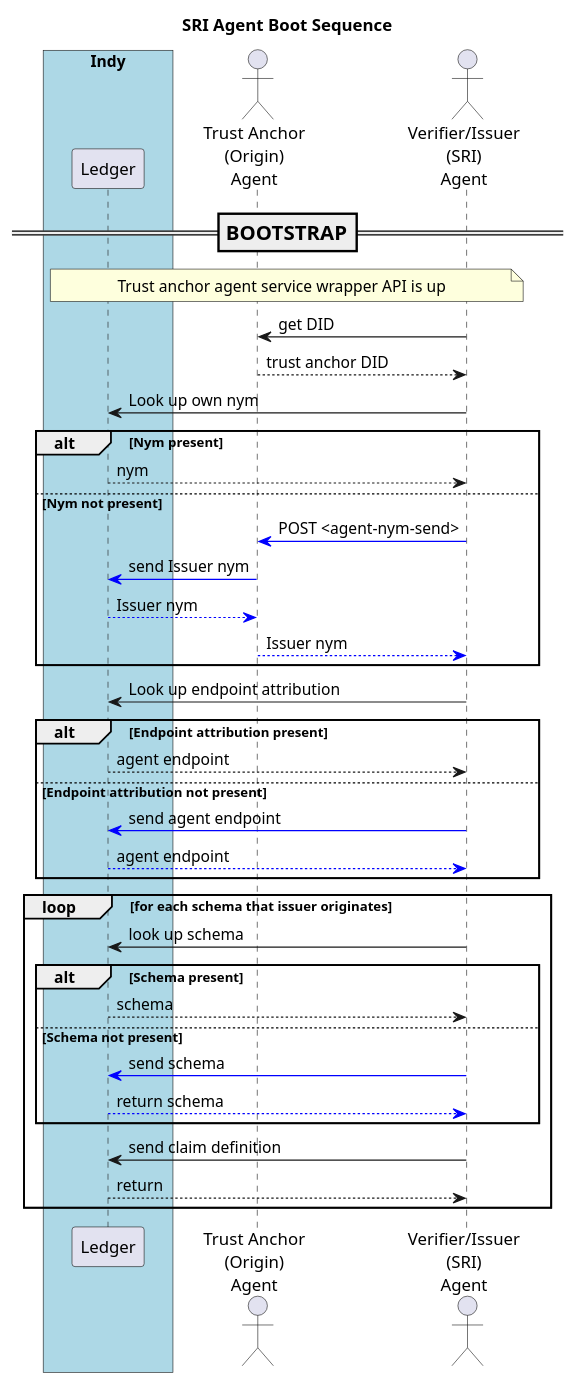
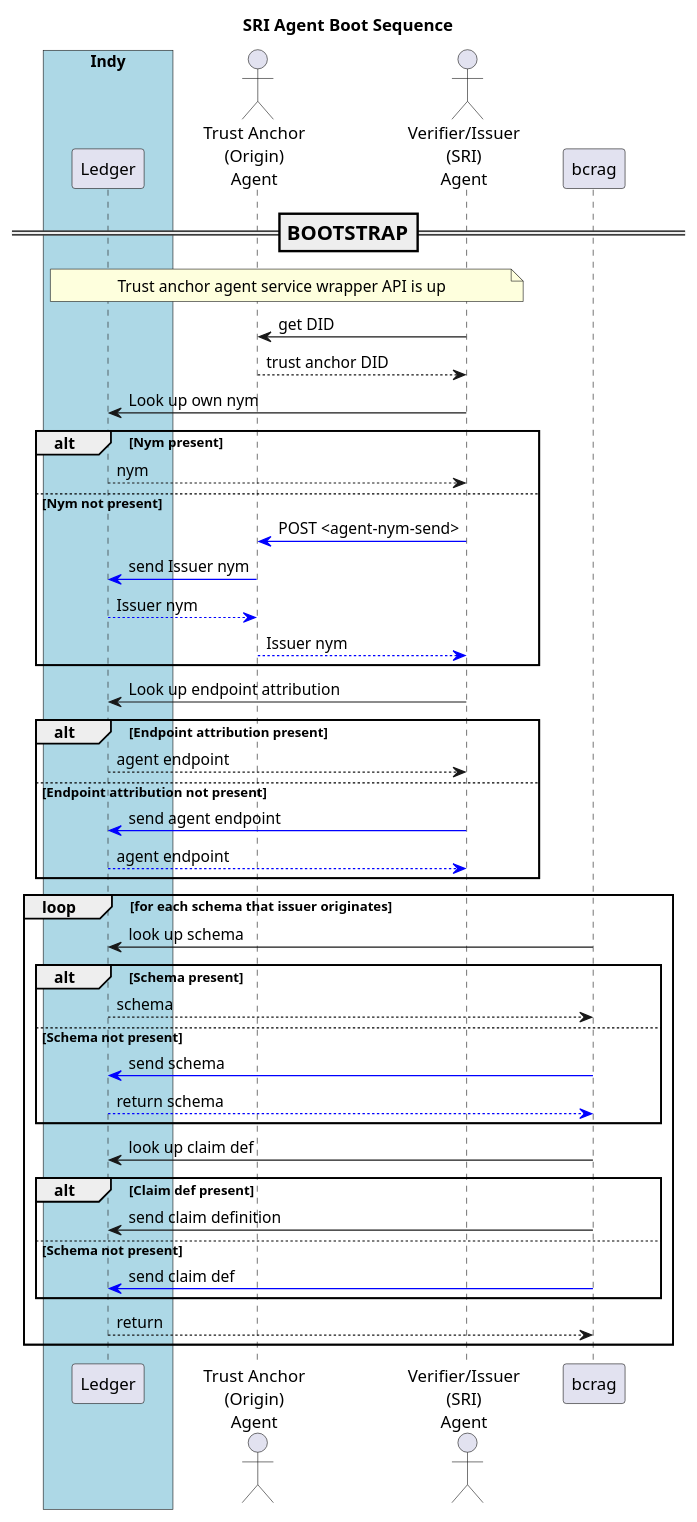
The diagram in doc/pic/src/boot.sag.puml (PSPC-SPAC-buyandsell/von_base), drawn with PlantUML before and after one commit. The commit also changed 3 other files, not shown here.

Commit message:
send claim defs only when not present on ledger

```diff
--- a/doc/pic/src/boot.sag.puml
+++ b/doc/pic/src/boot.sag.puml
@@ -1,69 +1,75 @@
 @startuml
 /'
 Copyright 2017-2018 Government of Canada - Public Services and Procurement Canada - buyandsell.gc.ca
 
 Licensed under the Apache License, Version 2.0 (the "License");
 you may not use this file except in compliance with the License.
 You may obtain a copy of the License at
 
 http://www.apache.org/licenses/LICENSE-2.0
 
 Unless required by applicable law or agreed to in writing, software
 distributed under the License is distributed on an "AS IS" BASIS,
 WITHOUT WARRANTIES OR CONDITIONS OF ANY KIND, either express or implied.
 See the License for the specific language governing permissions and
 limitations under the License.
 '/
 
 skinparam ParticipantPadding 20
 skinparam BaloxPadding 20
 
 title SRI Agent Boot Sequence
 
 
 box "Indy" #LightBlue
     participant "Ledger" as ledger
 endbox
 actor "Trust Anchor\n(Origin)\nAgent" as tag
 actor "Verifier/Issuer\n(SRI)\nAgent" as sag
 
 === BOOTSTRAP ==
 note over ledger, sag
 Trust anchor agent service wrapper API is up
 endnote
 
 sag -> tag: get DID
 tag --> sag: trust anchor DID
 
 sag -> ledger: Look up own nym
 alt Nym present
     ledger --> sag: nym
 else Nym not present
     sag -[#blue]> tag: POST <agent-nym-send>
     tag -[#blue]> ledger: send Issuer nym
     ledger --[#blue]> tag: Issuer nym
     tag --[#blue]> sag: Issuer nym
 end
 
 sag -> ledger: Look up endpoint attribution
 alt Endpoint attribution present
     ledger --> sag: agent endpoint
 else Endpoint attribution not present
     sag -[#blue]> ledger: send agent endpoint
     ledger --[#blue]> sag: agent endpoint
 end
 
 loop for each schema that issuer originates
-    sag -> ledger: look up schema
+    bcrag -> ledger: look up schema
     alt Schema present
-        ledger --> sag: schema
+        ledger --> bcrag: schema
     else Schema not present
-        sag -[#blue]> ledger: send schema
-        ledger --[#blue]> sag: return schema
+        bcrag -[#blue]> ledger: send schema
+        ledger --[#blue]> bcrag: return schema
     end
 
-sag -> ledger: send claim definition
-ledger --> sag: return
+    bcrag -> ledger: look up claim def
+    alt Claim def present
+        bcrag -> ledger: send claim definition
+    else Schema not present
+        bcrag -[#blue]> ledger: send claim def
+    end
+
+    ledger --> bcrag: return
 end
 
 @enduml
```
